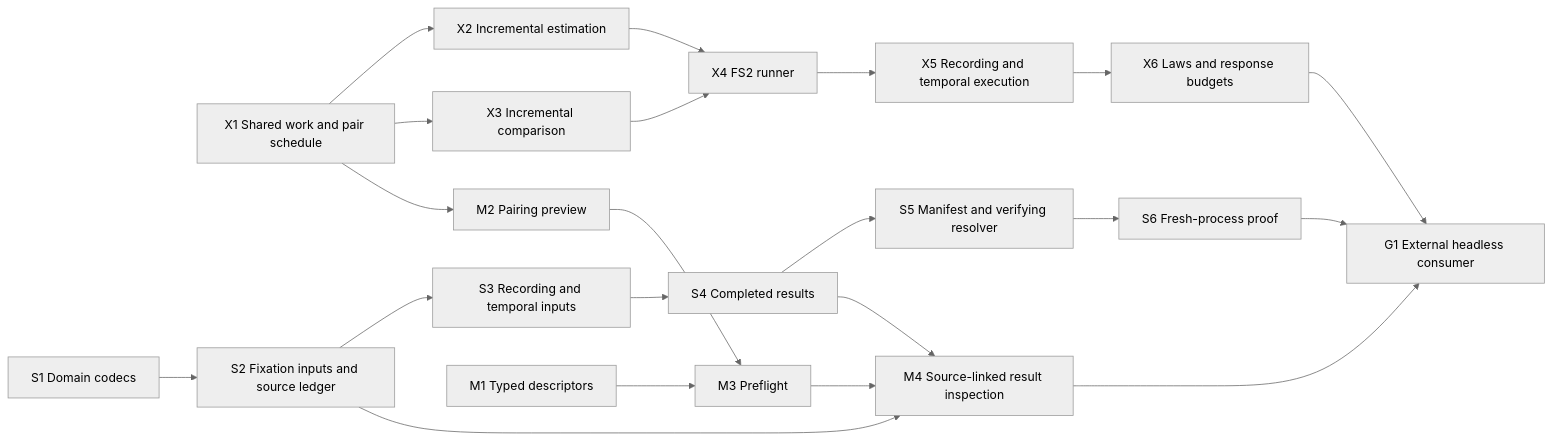
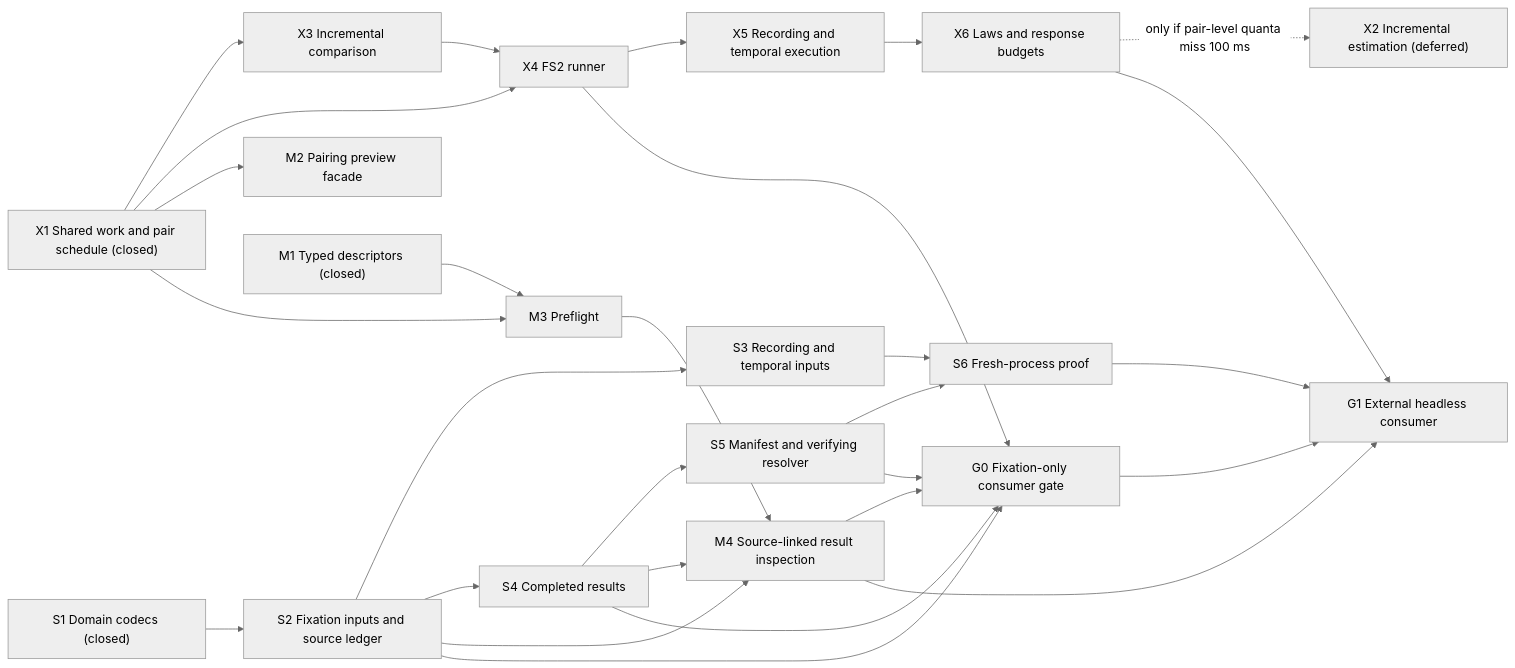
One commit to canardlapin/eyes4s changed the diagram in docs/UI_FOUNDATION_PLAN.md. Above: the diagram before and after it, drawn with Mermaid (neutral theme). The commit also changed other lines of this file and 25 other files, not shown here.

````diff
--- a/docs/UI_FOUNDATION_PLAN.md
+++ b/docs/UI_FOUNDATION_PLAN.md
@@ -78,23 +102,30 @@
 ```mermaid
 flowchart LR
-  X1["X1 Shared work and pair schedule"] --> X2["X2 Incremental estimation"]
-  X1 --> X3["X3 Incremental comparison"]
-  X2 --> X4["X4 FS2 runner"]
+  X1["X1 Shared work and pair schedule (closed)"] --> X3["X3 Incremental comparison"]
+  X1 --> X4["X4 FS2 runner"]
   X3 --> X4
   X4 --> X5["X5 Recording and temporal execution"]
   X5 --> X6["X6 Laws and response budgets"]
-  S1["S1 Domain codecs"] --> S2["S2 Fixation inputs and source ledger"]
+  X6 -. "only if pair-level quanta miss 100 ms" .-> X2["X2 Incremental estimation (deferred)"]
+  S1["S1 Domain codecs (closed)"] --> S2["S2 Fixation inputs and source ledger"]
   S2 --> S3["S3 Recording and temporal inputs"]
-  S3 --> S4["S4 Completed results"]
+  S2 --> S4["S4 Completed results"]
   S4 --> S5["S5 Manifest and verifying resolver"]
-  S5 --> S6["S6 Fresh-process proof"]
-  X1 --> M2["M2 Pairing preview"]
-  M1["M1 Typed descriptors"] --> M3["M3 Preflight"]
-  M2 --> M3
+  S3 --> S6["S6 Fresh-process proof"]
+  S5 --> S6
+  X1 --> M2["M2 Pairing preview facade"]
+  M1["M1 Typed descriptors (closed)"] --> M3["M3 Preflight"]
+  X1 --> M3
   M3 --> M4["M4 Source-linked result inspection"]
   S2 --> M4
   S4 --> M4
+  X4 --> G0["G0 Fixation-only consumer gate"]
+  S2 --> G0
+  S4 --> G0
+  S5 --> G0
+  M4 --> G0
   X6 --> G1["G1 External headless consumer"]
   S6 --> G1
   M4 --> G1
+  G0 --> G1
 ```
````
